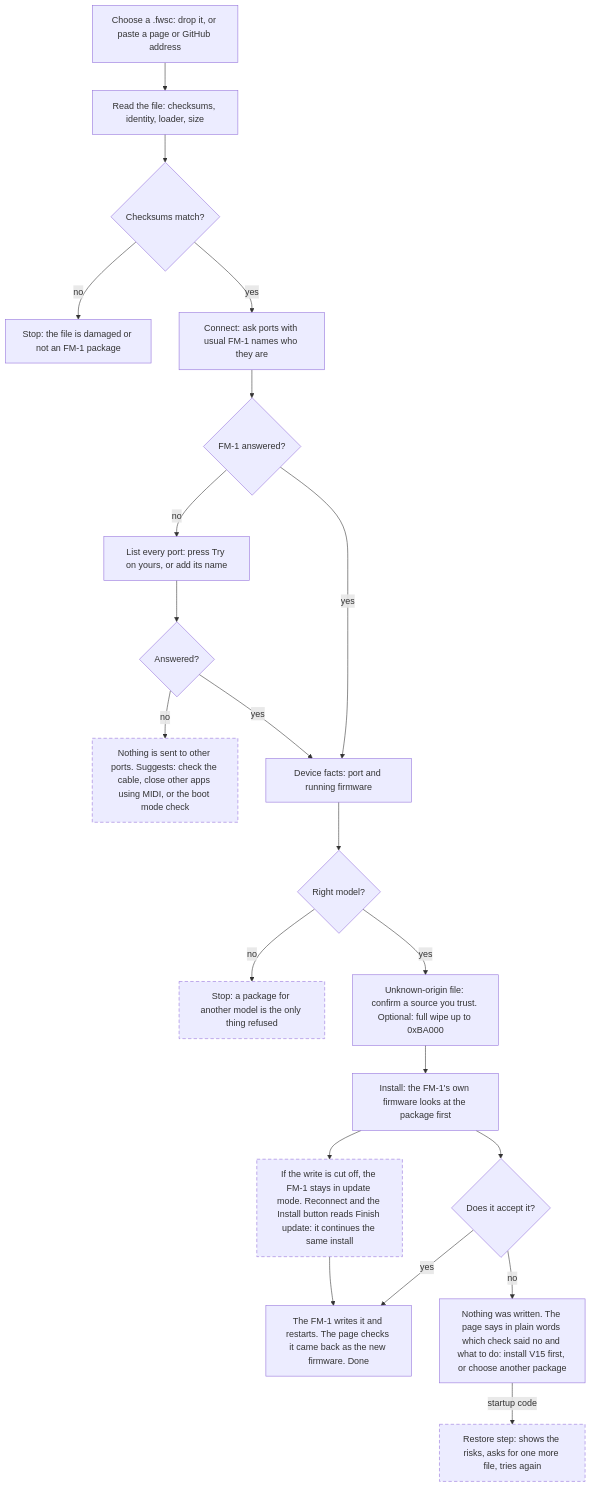
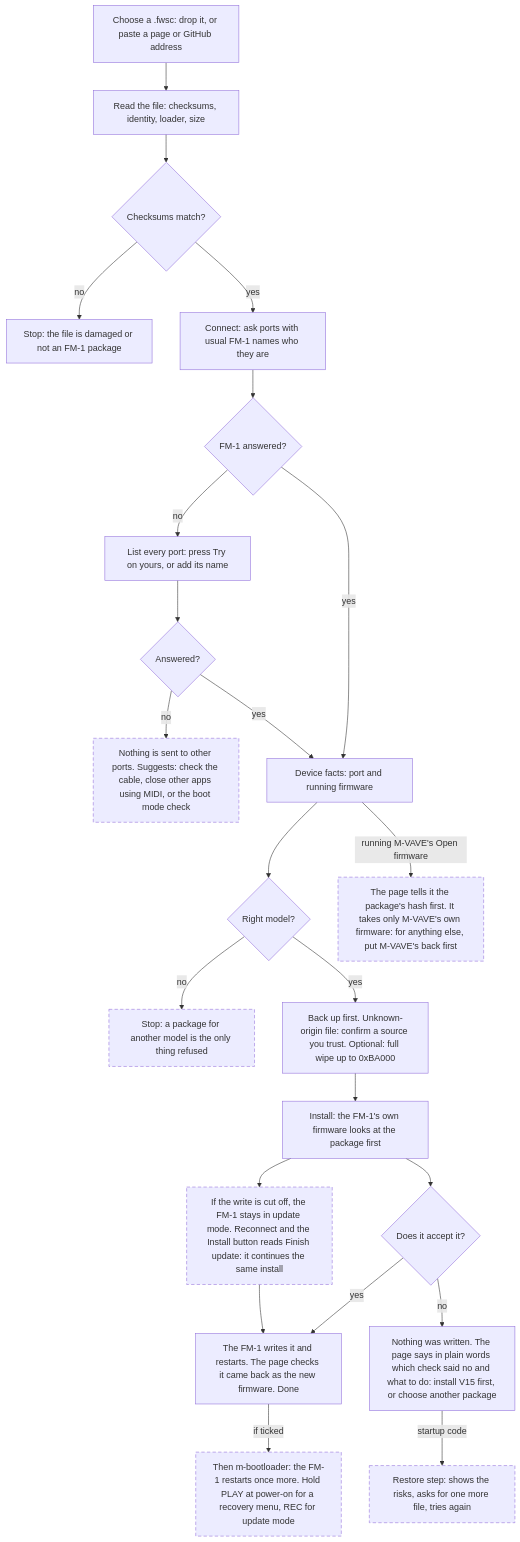
The diagram in README.md (seajaysec/fm-static), drawn with Mermaid before and after one commit. The commit also changed other lines of this file and 16 other files, not shown here.

````diff
--- a/README.md
+++ b/README.md
@@ -55,25 +63,27 @@
 ```mermaid
 flowchart TD
   A[Choose a .fwsc: drop it, or paste a page or GitHub address] --> B[Read the file: checksums, identity, loader, size]
   B --> C{Checksums match?}
   C -- no --> C1[Stop: the file is damaged or not an FM-1 package]
   C -- yes --> D[Connect: ask ports with usual FM-1 names who they are]
   D --> E{FM-1 answered?}
   E -- no --> F[List every port: press Try on yours, or add its name]
   F --> G{Answered?}
   G -- no --> H[Nothing is sent to other ports. Suggests: check the cable, close other apps using MIDI, or the boot mode check]
   E -- yes --> I[Device facts: port and running firmware]
   G -- yes --> I
   I --> J{Right model?}
+  I -- "running M-VAVE's Open firmware" --> X[The page tells it the package's hash first. It takes only M-VAVE's own firmware: for anything else, put M-VAVE's back first]
   J -- no --> J1[Stop: a package for another model is the only thing refused]
-  J -- yes --> K[Unknown-origin file: confirm a source you trust. Optional: full wipe up to 0xBA000]
+  J -- yes --> K[Back up first. Unknown-origin file: confirm a source you trust. Optional: full wipe up to 0xBA000]
   K --> M[Install: the FM-1's own firmware looks at the package first]
   M --> N{Does it accept it?}
   N -- yes --> O[The FM-1 writes it and restarts. The page checks it came back as the new firmware. Done]
   N -- no --> Q[Nothing was written. The page says in plain words which check said no and what to do: install V15 first, or choose another package]
   Q -- startup code --> R[Restore step: shows the risks, asks for one more file, tries again]
+  O -- if ticked --> W[Then m-bootloader: the FM-1 restarts once more. Hold PLAY at power-on for a recovery menu, REC for update mode]
   M --> S[If the write is cut off, the FM-1 stays in update mode. Reconnect and the Install button reads Finish update: it continues the same install]
   S --> O
   classDef notrun stroke-dasharray: 6 4
-  class H,J1,S,R notrun
+  class H,J1,S,R,X,W notrun
 ```
````
